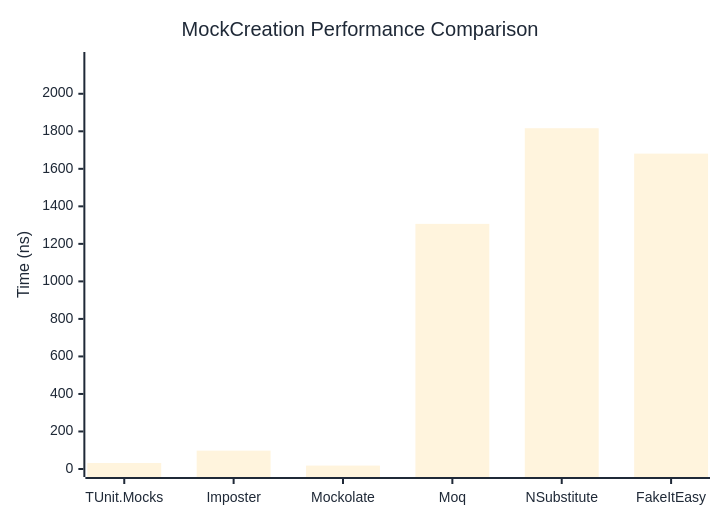
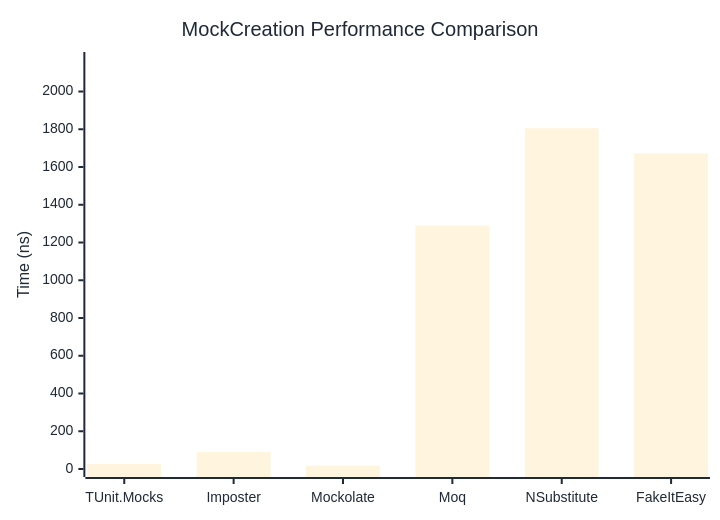
The first of 2 diagrams in docs/docs/benchmarks/mocks/MockCreation.md (thomhurst/TUnit), drawn with Mermaid before and after one commit. The commit also changed other lines of this file and 14 other files, not shown here.

````diff
--- a/docs/docs/benchmarks/mocks/MockCreation.md
+++ b/docs/docs/benchmarks/mocks/MockCreation.md
@@ -30,27 +30,27 @@
 ```mermaid
 %%{init: {
   'theme':'base',
   'themeVariables': {
     'primaryColor': '#2563eb',
     'primaryTextColor': '#1f2937',
     'primaryBorderColor': '#1e40af',
     'lineColor': '#6b7280',
     'secondaryColor': '#7c3aed',
     'tertiaryColor': '#dc2626',
     'background': '#ffffff',
     'pie1': '#2563eb',
     'pie2': '#7c3aed',
     'pie3': '#dc2626',
     'pie4': '#f59e0b',
     'pie5': '#10b981',
     'pie6': '#06b6d4',
     'pie7': '#ec4899',
     'pie8': '#6366f1'
   }
 }}%%
 xychart-beta
   title "MockCreation Performance Comparison"
   x-axis ["TUnit.Mocks", "Imposter", "Mockolate", "Moq", "NSubstitute", "FakeItEasy"]
-  y-axis "Time (ns)" 0 --> 2180
-  bar [31.95, 97.86, 18.2, 1306.58, 1816.36, 1681.08]
+  y-axis "Time (ns)" 0 --> 2167
+  bar [27.06, 90.21, 17.23, 1289.24, 1805.76, 1671.7]
 ```
````
